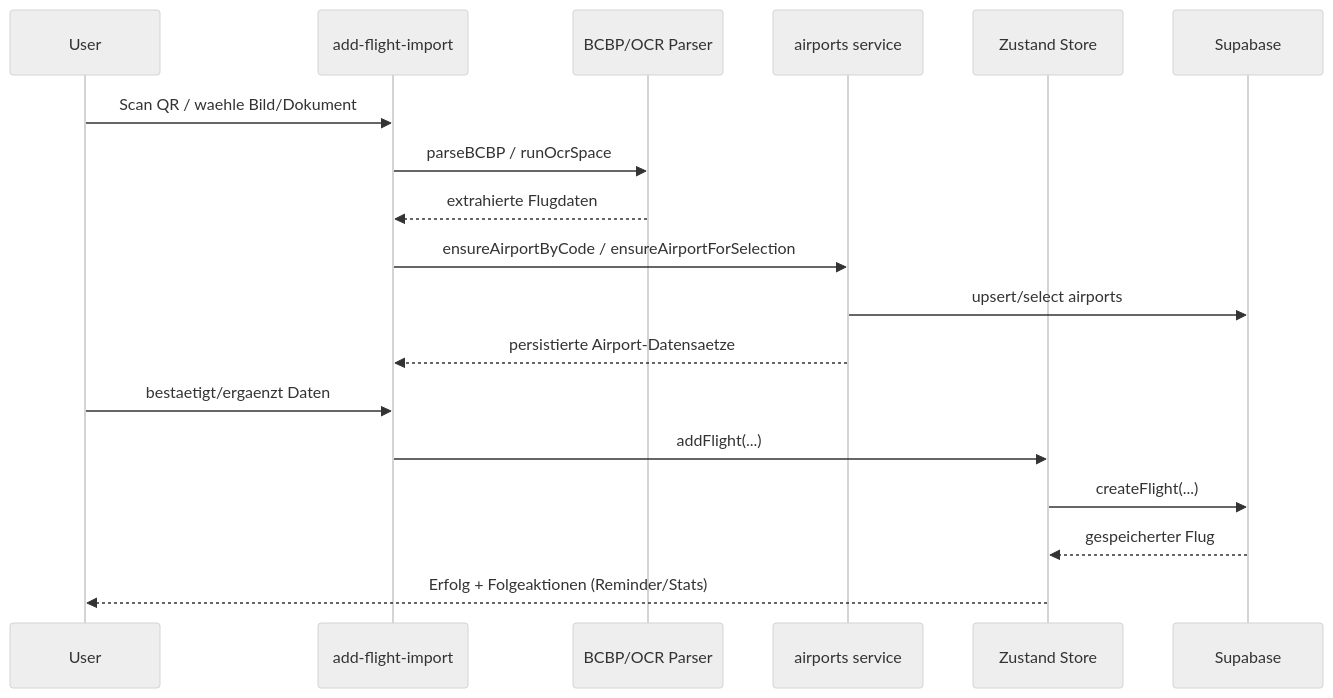
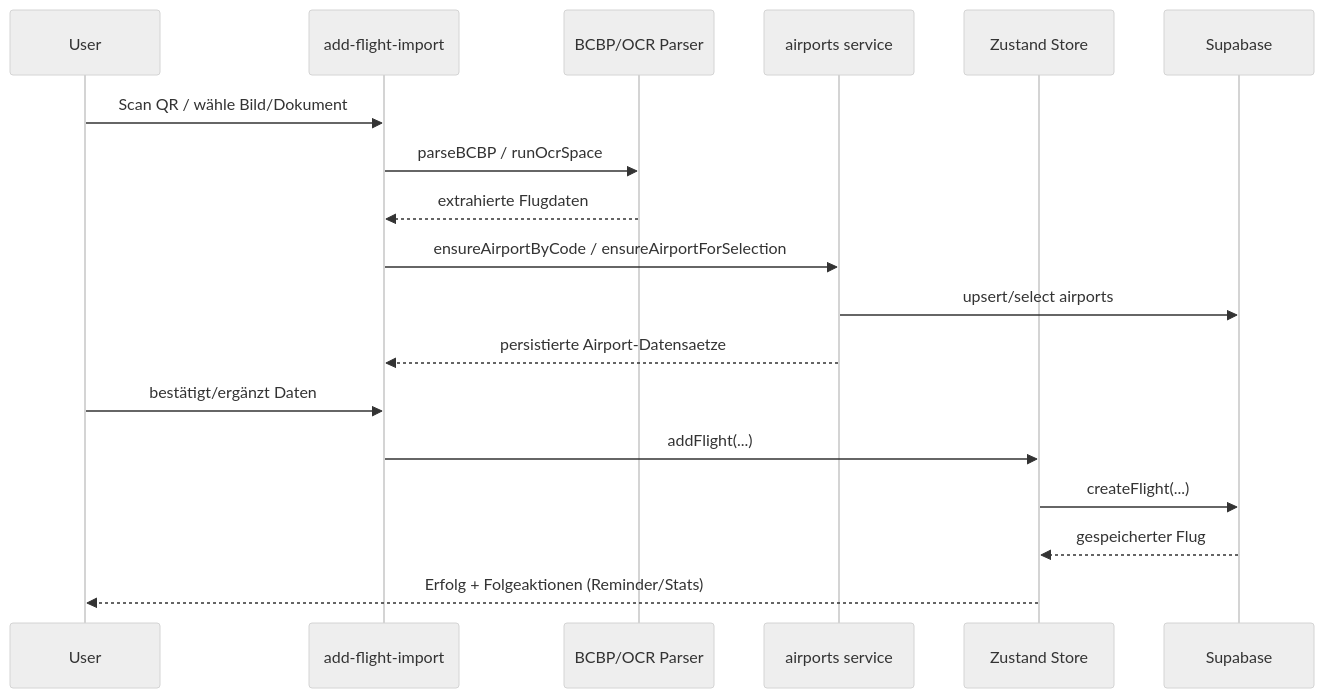
One commit to Jan0le/Diplomarbeit-Skyline-Schrift changed the third of 6 diagrams in diplo_erklärung/ARCHITEKTUR_DIAGRAMME.md. Above: the diagram before and after it, drawn with Mermaid (neutral theme). The commit also changed other lines of this file and 111 other files, not shown here.

````diff
--- a/diplo_erklärung/ARCHITEKTUR_DIAGRAMME.md
+++ b/diplo_erklärung/ARCHITEKTUR_DIAGRAMME.md
@@ -43,21 +43,21 @@
 ```mermaid
 sequenceDiagram
   participant User
   participant Screen as add-flight-import
   participant Parser as BCBP/OCR Parser
   participant AirportSvc as airports service
   participant Store as Zustand Store
   participant Supa as Supabase
 
-  User->>Screen: Scan QR / waehle Bild/Dokument
+  User->>Screen: Scan QR / wähle Bild/Dokument
   Screen->>Parser: parseBCBP / runOcrSpace
   Parser-->>Screen: extrahierte Flugdaten
   Screen->>AirportSvc: ensureAirportByCode / ensureAirportForSelection
   AirportSvc->>Supa: upsert/select airports
   AirportSvc-->>Screen: persistierte Airport-Datensaetze
-  User->>Screen: bestaetigt/ergaenzt Daten
+  User->>Screen: bestätigt/ergänzt Daten
   Screen->>Store: addFlight(...)
   Store->>Supa: createFlight(...)
   Supa-->>Store: gespeicherter Flug
   Store-->>User: Erfolg + Folgeaktionen (Reminder/Stats)
 ```
````
